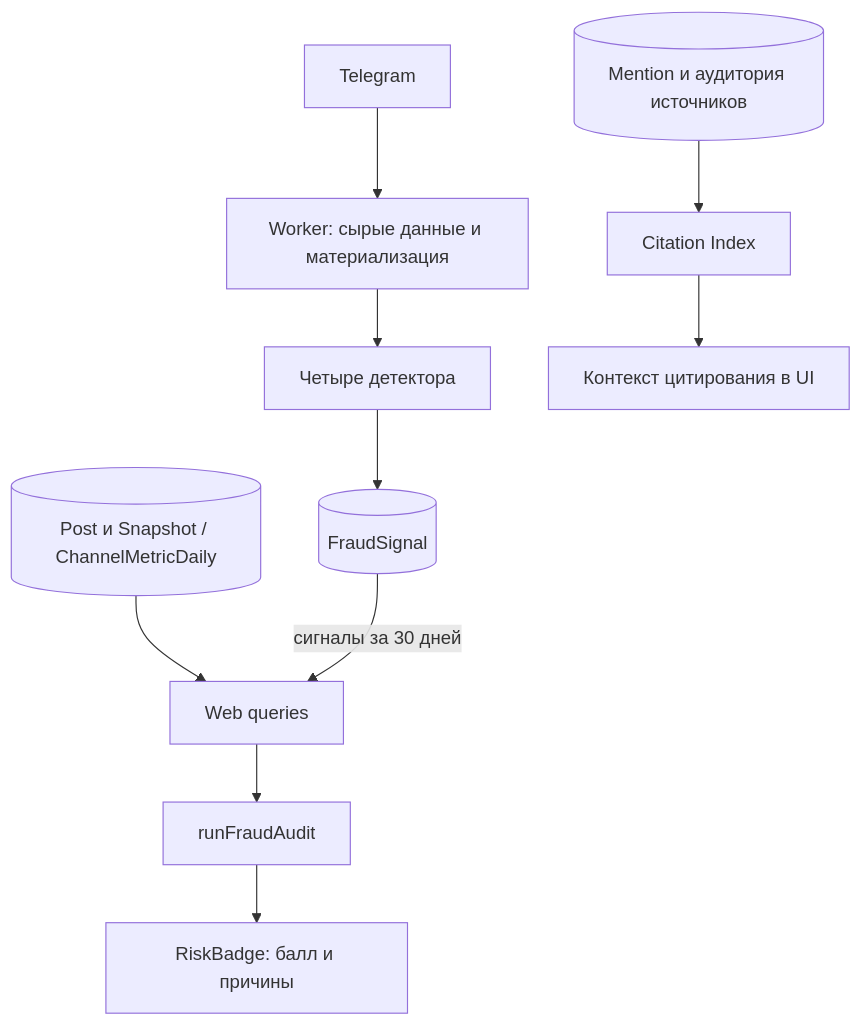
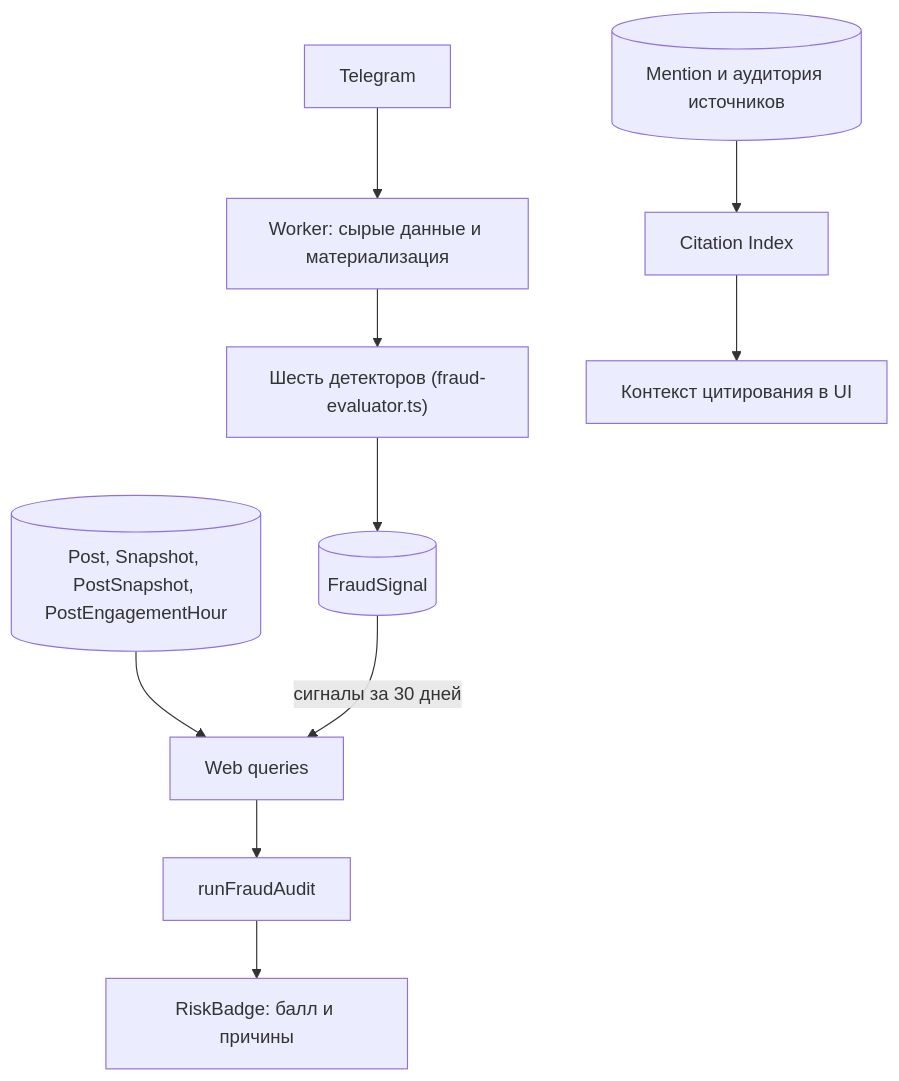
The first of 2 diagrams in docs/adr/0001-anti-fraud-detection-architecture.md (liquidsyntes/tg_mons), drawn with Mermaid before and after one commit. The commit also changed other lines of this file and 9 other files, not shown here.

````diff
--- a/docs/adr/0001-anti-fraud-detection-architecture.md
+++ b/docs/adr/0001-anti-fraud-detection-architecture.md
@@ -19,12 +19,12 @@
 ```mermaid
 flowchart TD
     T["Telegram"] --> W["Worker: сырые данные и материализация"]
-    W --> H["Четыре детектора"]
+    W --> H["Шесть детекторов (fraud-evaluator.ts)"]
     H --> F[("FraudSignal")]
-    D[("Post и Snapshot / ChannelMetricDaily")] --> Q["Web queries"]
+    D[("Post, Snapshot, PostSnapshot, PostEngagementHour")] --> Q["Web queries"]
     F -->|"сигналы за 30 дней"| Q
     Q --> A["runFraudAudit"]
     A --> B["RiskBadge: балл и причины"]
     M[("Mention и аудитория источников")] --> CI["Citation Index"]
     CI --> U["Контекст цитирования в UI"]
 ```
````
